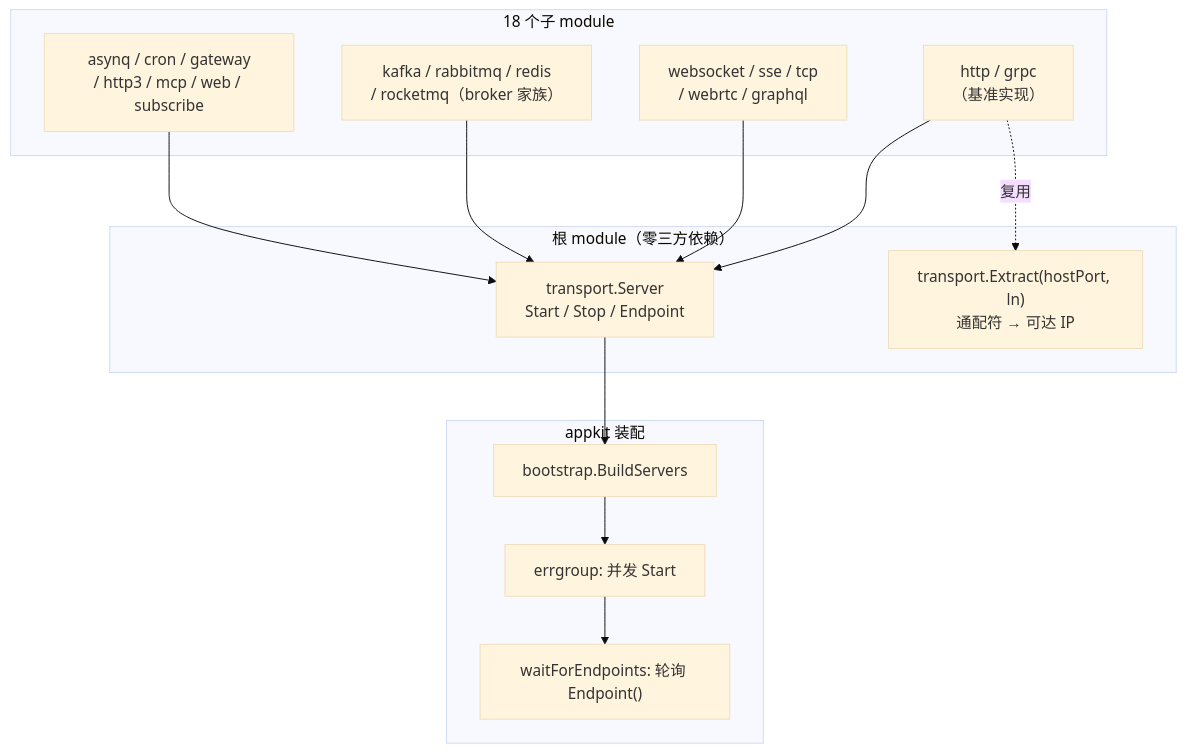
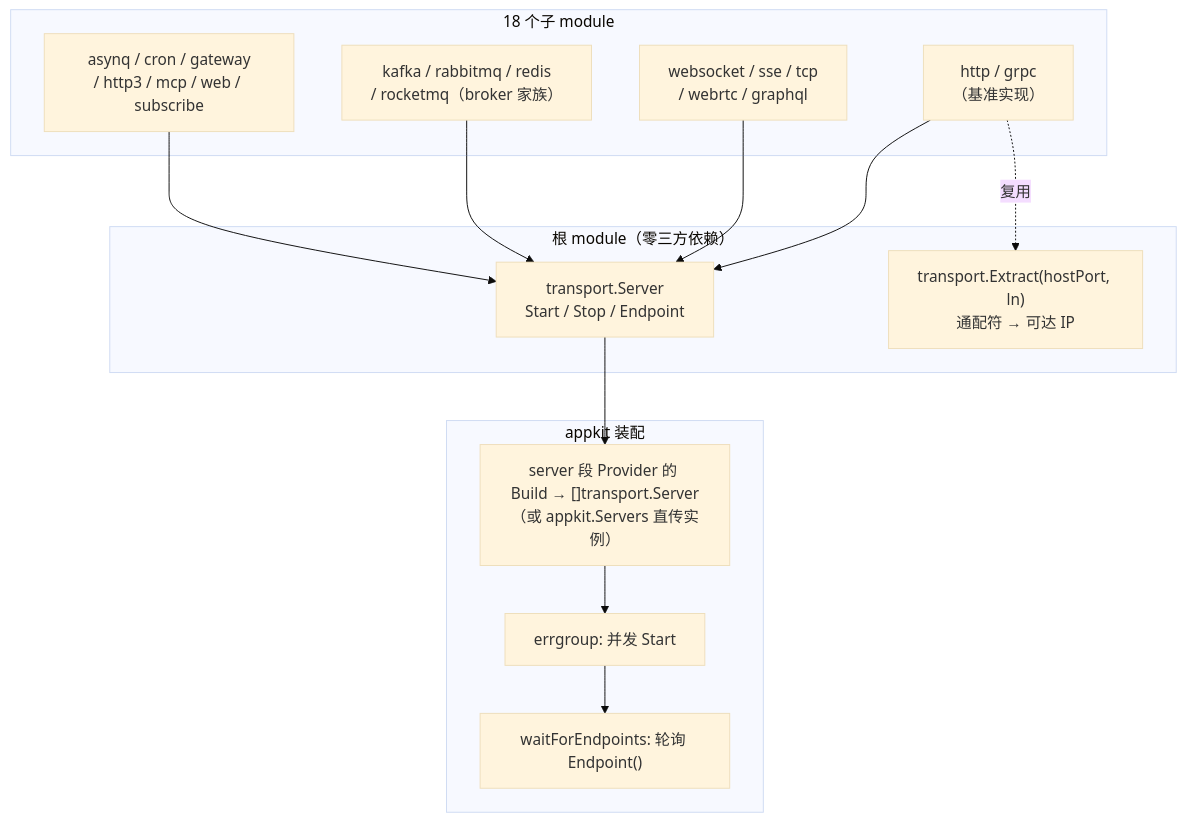
Before and after one commit to kalandramo/bald: the diagram in docs/devel/zh-CN/Bald 传输层设计.md, drawn with Mermaid (base theme). The commit also changed 19 other files, not shown here.

First line of the commit message:
docs(architecture): §8 另一半收口——用 AST 符号表实测「文档描述已删 API」，改掉 20 个文件里的假引用

````diff
--- a/docs/devel/zh-CN/Bald 传输层设计.md
+++ b/docs/devel/zh-CN/Bald 传输层设计.md
@@ -33,29 +33,29 @@
 ```mermaid
 flowchart TB
     subgraph contract["根 module（零三方依赖）"]
         S["transport.Server<br/>Start / Stop / Endpoint"]
         E["transport.Extract(hostPort, ln)<br/>通配符 → 可达 IP"]
     end
 
     subgraph backends["18 个子 module"]
         HTTP["http / grpc<br/>（基准实现）"]
         WS["websocket / sse / tcp<br/>/ webrtc / graphql"]
         MQ["kafka / rabbitmq / redis<br/>/ rocketmq（broker 家族）"]
         OTHER["asynq / cron / gateway<br/>/ http3 / mcp / web / subscribe"]
     end
 
     subgraph appkit["appkit 装配"]
-        B["bootstrap.BuildServers"]
+        B["server 段 Provider 的 Build → []transport.Server<br/>（或 appkit.Servers 直传实例）"]
         G["errgroup: 并发 Start"]
         P["waitForEndpoints: 轮询 Endpoint()"]
     end
 
     HTTP --> S
     WS --> S
     MQ --> S
     OTHER --> S
     S --> B
     B --> G
     G --> P
     HTTP -.复用.-> E
 ```
````
